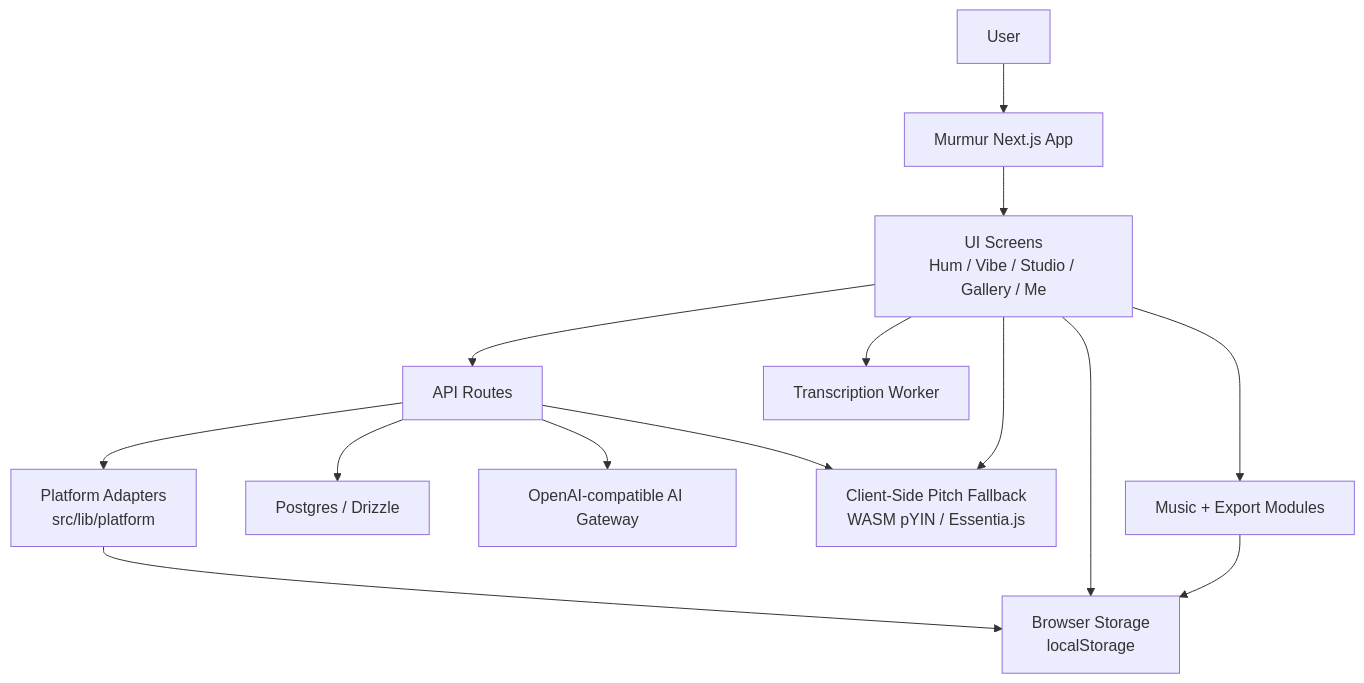
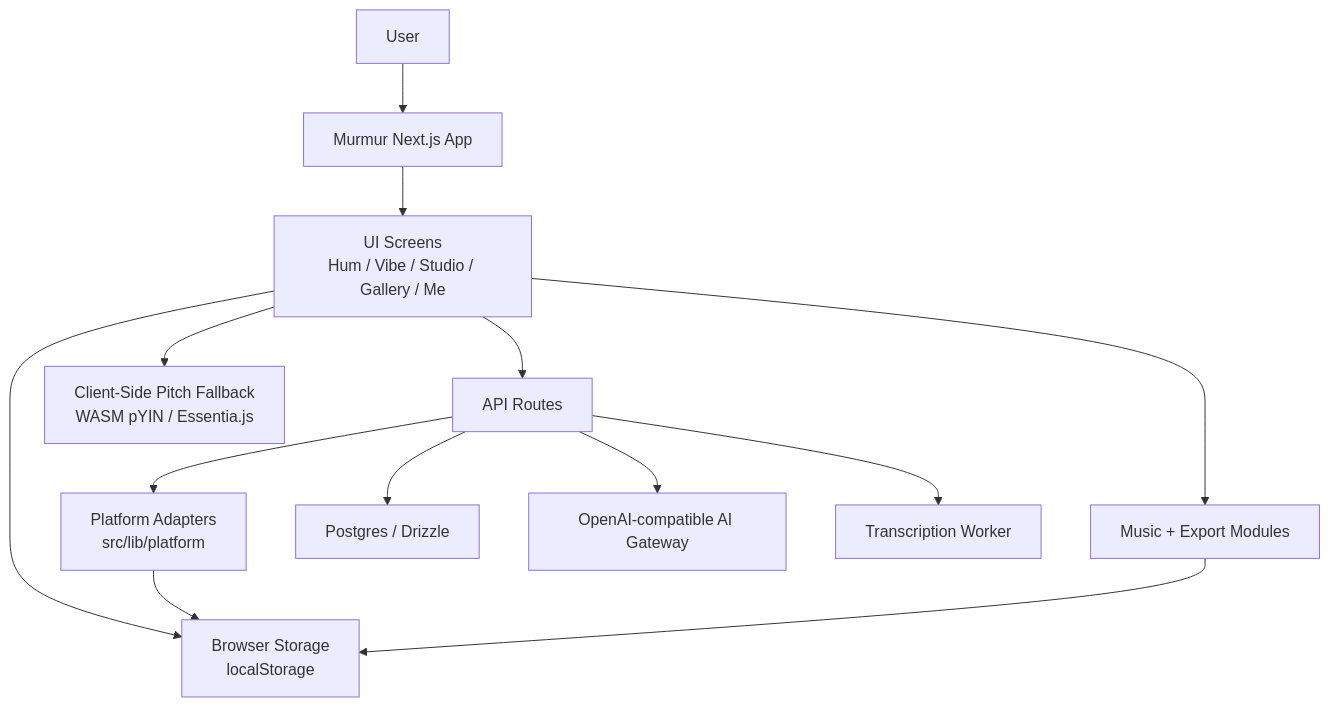
The diagram in docs/architecture.md (p-to-q/murmur), drawn with Mermaid before and after one commit. The commit also changed other lines of this file and 11 other files, not shown here.

````diff
--- a/docs/architecture.md
+++ b/docs/architecture.md
@@ -47,28 +51,27 @@
 ```mermaid
 flowchart TB
     user["User"]
     app["Murmur Next.js App"]
     ui["UI Screens\nHum / Vibe / Studio / Gallery / Me"]
     routes["API Routes"]
     platform["Platform Adapters\nsrc/lib/platform"]
     music["Music + Export Modules"]
     db["Postgres / Drizzle"]
     ai["OpenAI-compatible AI Gateway"]
     worker["Transcription Worker"]
     clientPitch["Client-Side Pitch Fallback\nWASM pYIN / Essentia.js"]
     storage["Browser Storage\nlocalStorage"]
 
     user --> app
     app --> ui
     ui --> routes
-    ui --> worker
     ui --> clientPitch
     ui --> storage
     ui --> music
     routes --> platform
     routes --> db
     routes --> ai
-    routes --> clientPitch
+    routes --> worker
     platform --> storage
     music --> storage
 ```
````
